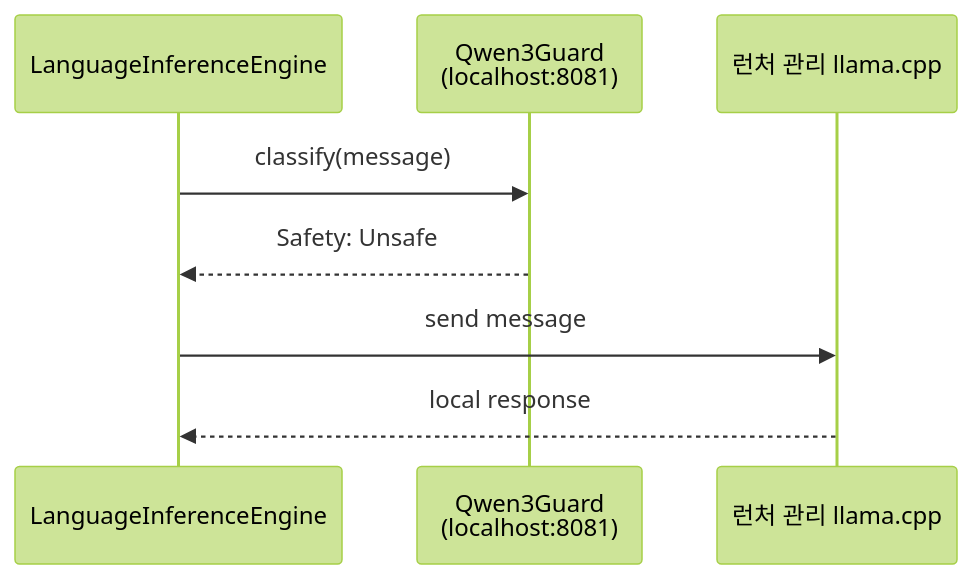
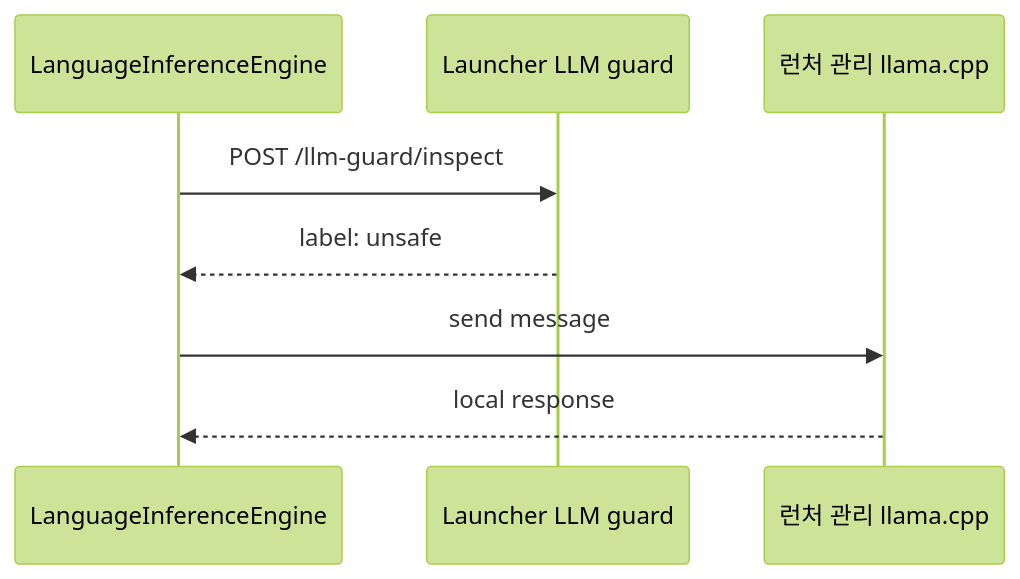
Before and after one commit to gnh1201/welsonjs: the third of 3 diagrams in docs/llm-guard-flow.md, drawn with Mermaid (forest theme). The commit also changed other lines of this file and 32 other files, not shown here.

First line of the commit message:
Add launcher-managed LLM guard

````diff
--- a/docs/llm-guard-flow.md
+++ b/docs/llm-guard-flow.md
@@ -86,11 +87,11 @@
 ```mermaid
 sequenceDiagram
     participant Engine as LanguageInferenceEngine
-    participant Guard as Qwen3Guard<br/>(localhost:8081)
+    participant Guard as Launcher LLM guard
     participant Local as 런처 관리 llama.cpp
 
-    Engine->>Guard: classify(message)
-    Guard-->>Engine: Safety: Unsafe
+    Engine->>Guard: POST /llm-guard/inspect
+    Guard-->>Engine: label: unsafe
     Engine->>Local: send message
     Local-->>Engine: local response
 ```
````
